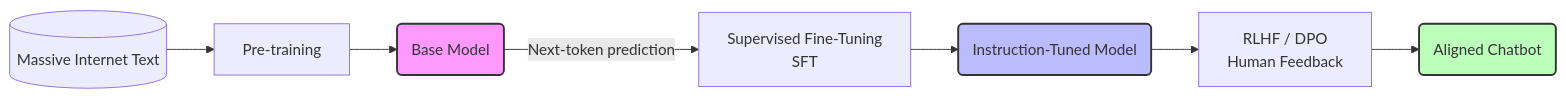
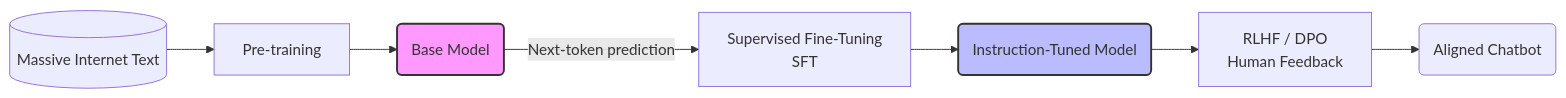
Before and after one commit to kythuatdulieu/kythuatdulieu.github.io: the diagram in src/content/docs/concepts/llm.md, drawn with Mermaid. The commit also changed other lines of this file and 179 other files, not shown here.

Commit message:
fix: build error and mermaid theme

````diff
--- a/src/content/docs/concepts/llm.md
+++ b/src/content/docs/concepts/llm.md
@@ -53,13 +55,12 @@
 ```mermaid
 flowchart LR
     A[(Massive Internet Text)] --> B[Pre-training]
     B --> C(Base Model)
     C -->|Next-token prediction| D[Supervised Fine-Tuning\nSFT]
     D --> E(Instruction-Tuned Model)
     E --> F[RLHF / DPO\nHuman Feedback]
     F --> G(Aligned Chatbot)
     
     style C fill:#f9f,stroke:#333,stroke-width:2px
     style E fill:#bbf,stroke:#333,stroke-width:2px
-    style G fill:#bfb,stroke:#333,stroke-width:2px
 ```
````
